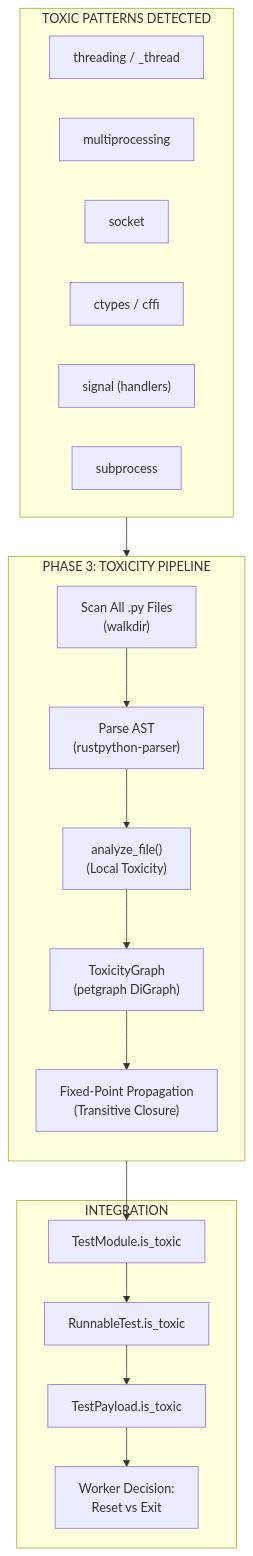
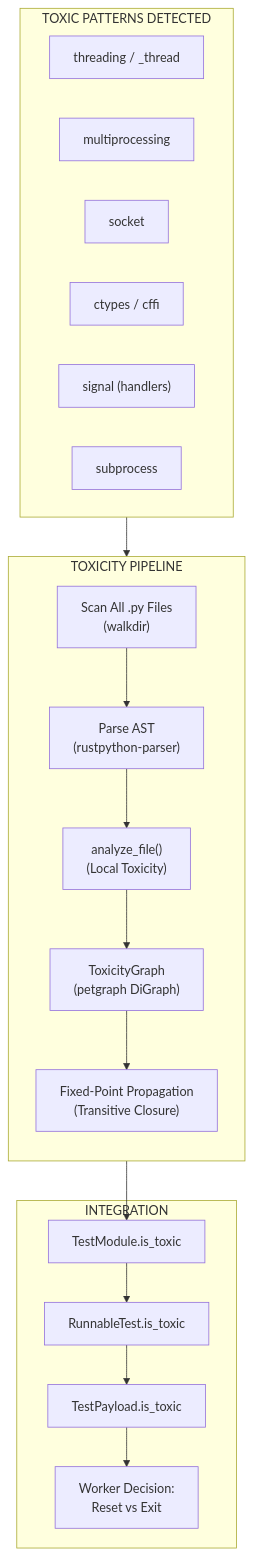
Before and after one commit to NikkeTryHard/tach-core: the fourth of 9 diagrams in README.md, drawn with Mermaid. The commit also changed other lines of this file, not shown here.

First line of the commit message:
docs: comprehensive README.md update for Phase 5 completion

````diff
--- a/README.md
+++ b/README.md
@@ -227,32 +236,32 @@
 ```mermaid
 flowchart TB
-    subgraph Discovery["PHASE 3: TOXICITY PIPELINE"]
+    subgraph Discovery["TOXICITY PIPELINE"]
         direction TB
         Scan["Scan All .py Files\n(walkdir)"]
         Parse["Parse AST\n(rustpython-parser)"]
         Analyze["analyze_file()\n(Local Toxicity)"]
         Graph["ToxicityGraph\n(petgraph DiGraph)"]
         Propagate["Fixed-Point Propagation\n(Transitive Closure)"]
     end
 
     subgraph Patterns["TOXIC PATTERNS DETECTED"]
         Threading["threading / _thread"]
         Multiprocessing["multiprocessing"]
         Socket["socket"]
         Ctypes["ctypes / cffi"]
         Signal["signal (handlers)"]
         Subprocess["subprocess"]
     end
 
     subgraph Output["INTEGRATION"]
         TestModule["TestModule.is_toxic"]
         RunnableTest["RunnableTest.is_toxic"]
         TestPayload["TestPayload.is_toxic"]
         Worker["Worker Decision:\nReset vs Exit"]
     end
 
     Scan --> Parse --> Analyze
     Patterns --> Analyze
     Analyze --> Graph --> Propagate
     Propagate --> TestModule --> RunnableTest --> TestPayload --> Worker
 ```
````
